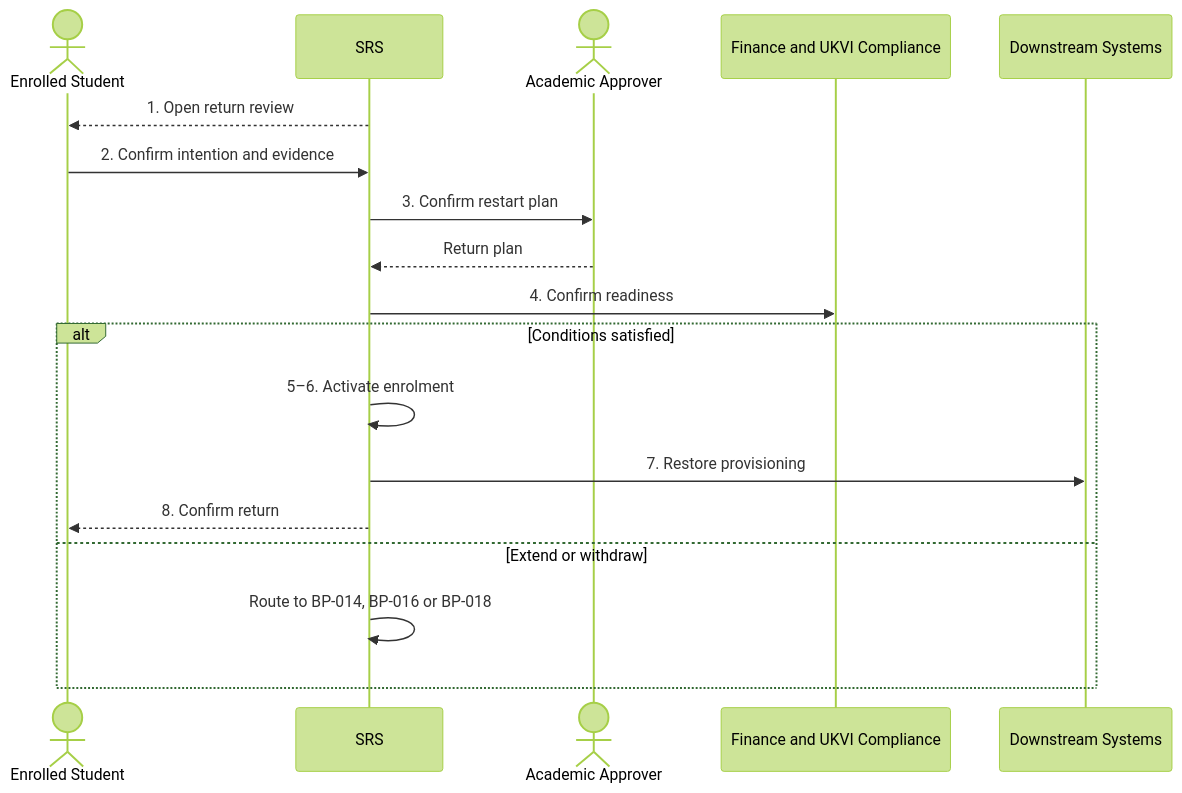
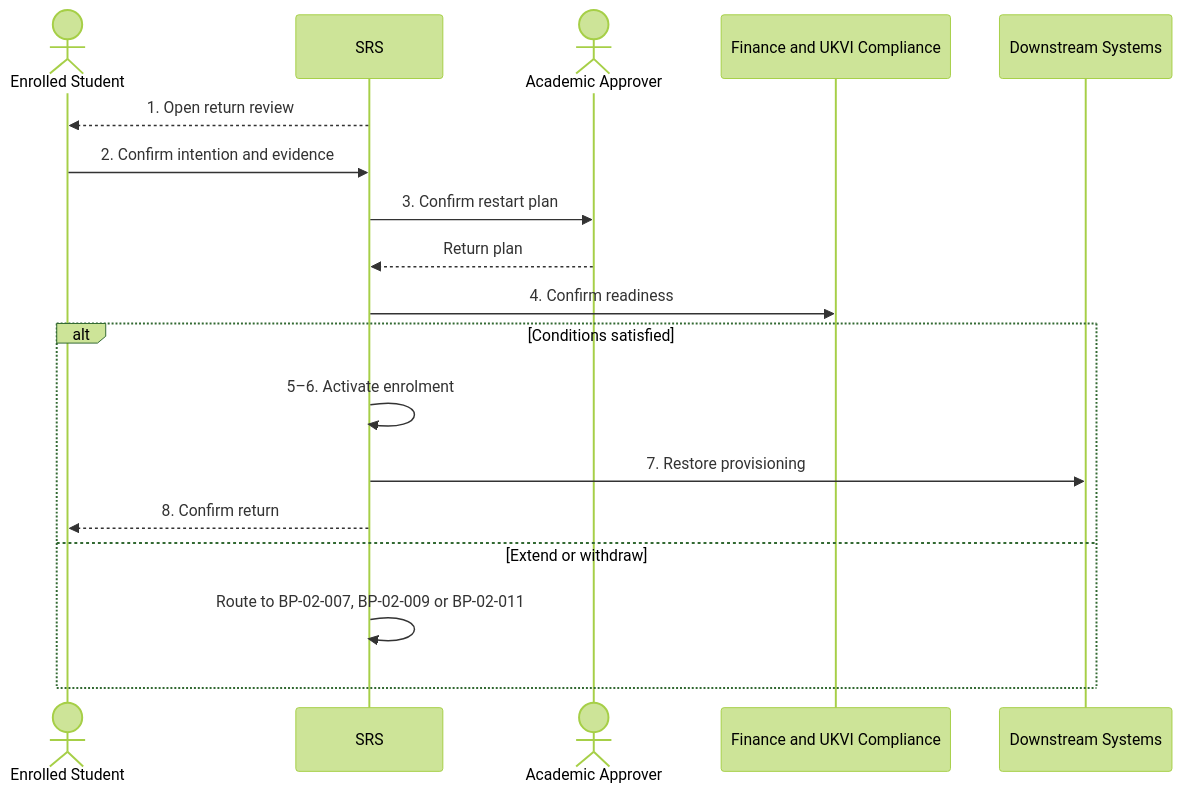
The diagram in docs/business-processes/02-registration-and-student-status/bp-02-008-return-from-interruption.md (RevelationCore/Revelation-SRS), drawn with Mermaid (forest theme) before and after one commit. The commit also changed other lines of this file and 96 other files, not shown here.

````diff
--- a/docs/business-processes/02-registration-and-student-status/bp-02-008-return-from-interruption.md
+++ b/docs/business-processes/02-registration-and-student-status/bp-02-008-return-from-interruption.md
@@ -166,20 +166,20 @@
 ```mermaid
 sequenceDiagram
     actor Student as Enrolled Student
     participant SRS
     actor Academic as Academic Approver
     participant Control as Finance and UKVI Compliance
     participant External as Downstream Systems
     SRS-->>Student: 1. Open return review
     Student->>SRS: 2. Confirm intention and evidence
     SRS->>Academic: 3. Confirm restart plan
     Academic-->>SRS: Return plan
     SRS->>Control: 4. Confirm readiness
     alt Conditions satisfied
         SRS->>SRS: 5–6. Activate enrolment
         SRS->>External: 7. Restore provisioning
         SRS-->>Student: 8. Confirm return
     else Extend or withdraw
-        SRS->>SRS: Route to BP-014, BP-016 or BP-018
+        SRS->>SRS: Route to BP-02-007, BP-02-009 or BP-02-011
     end
 ```
````
